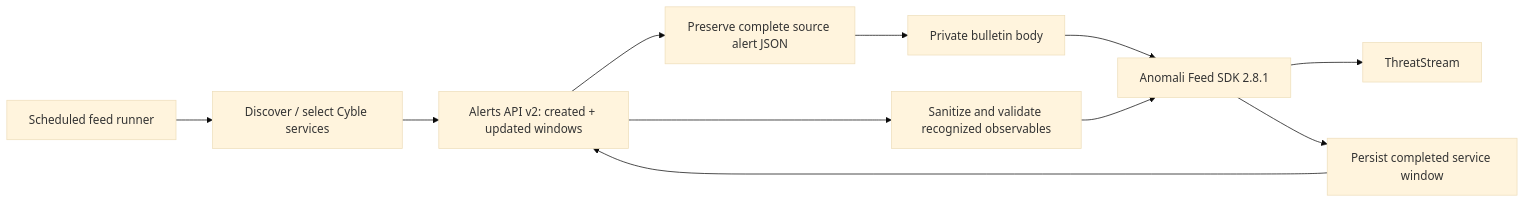
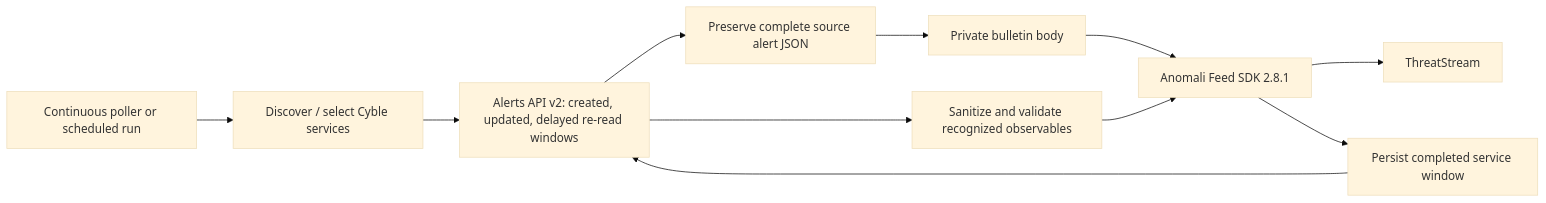
The diagram in README.md (Prank1004/cyble-anomali-threatstream), drawn with Mermaid (base theme) before and after one commit. The commit also changed other lines of this file and 20 other files, not shown here.

````diff
--- a/README.md
+++ b/README.md
@@ -44,13 +45,13 @@
 ```mermaid
 flowchart LR
-    A[Scheduled feed runner] --> B[Discover / select Cyble services]
-    B --> C[Alerts API v2: created + updated windows]
+    A[Continuous poller or scheduled run] --> B[Discover / select Cyble services]
+    B --> C[Alerts API v2: created, updated, delayed re-read windows]
     C --> D[Preserve complete source alert JSON]
     D --> E[Private bulletin body]
     C --> F[Sanitize and validate recognized observables]
     E --> G[Anomali Feed SDK 2.8.1]
     F --> G
     G --> H[ThreatStream]
     G --> I[Persist completed service window]
     I --> C
 ```
````
